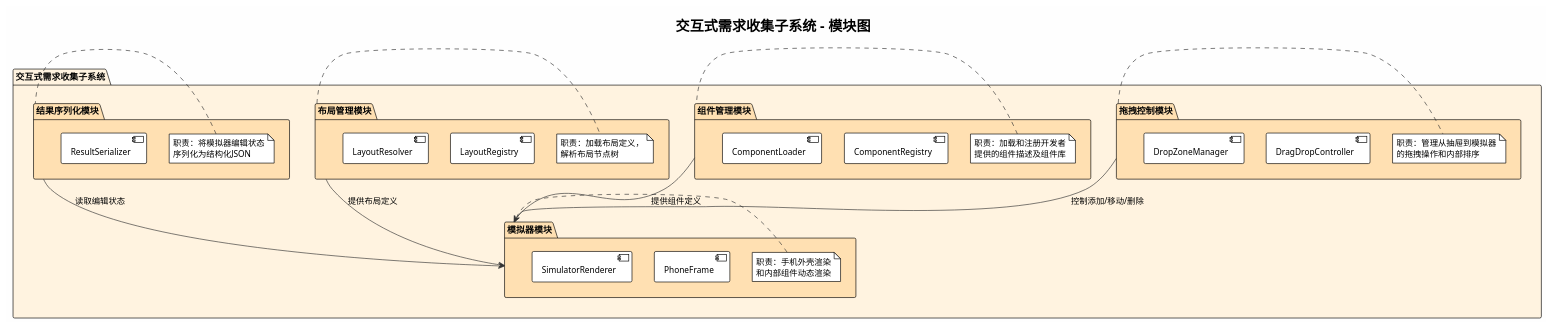
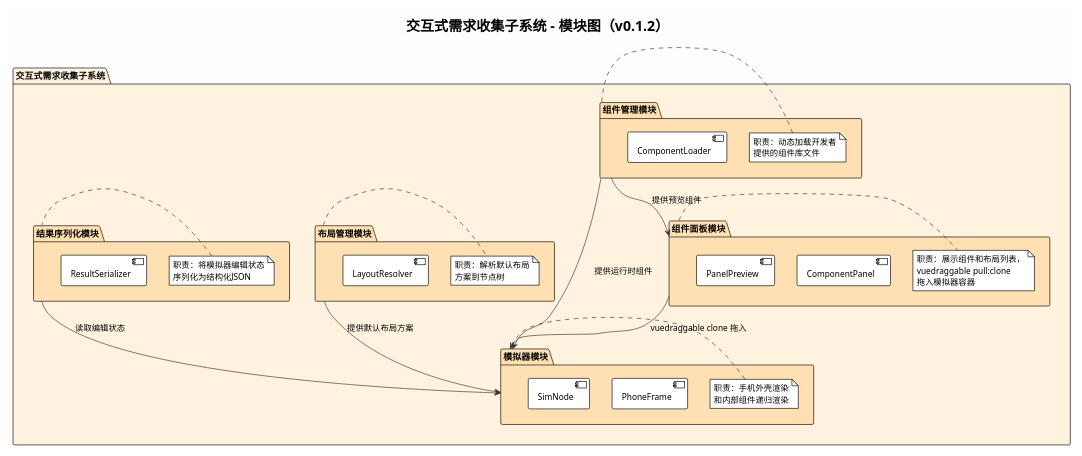
One commit to 24-Fahed/frontend_requirements_tool changed the diagram in docs/images/interactive_module_diagram.puml. Above: the diagram before and after it, drawn with PlantUML. The commit also changed 48 other files, not shown here.

```diff
--- a/docs/images/interactive_module_diagram.puml
+++ b/docs/images/interactive_module_diagram.puml
@@ -1,70 +1,70 @@
 @startuml 交互式需求收集子系统_模块图
 !theme plain
 skinparam backgroundColor #FEFEFE
 skinparam defaultFontName SimHei
 skinparam NoteFontName SimHei
 skinparam PackageFontName SimHei
 skinparam RectangleFontName SimHei
 skinparam TitleFontName SimHei
 skinparam LegendFontName SimHei
 skinparam ComponentFontName SimHei
 skinparam ArrowColor #333333
 skinparam PackageFontSize 14
 skinparam ComponentFontSize 13
 
-title 交互式需求收集子系统 - 模块图
+title 交互式需求收集子系统 - 模块图（v0.1.2）
 
 package "交互式需求收集子系统" as INT_SYS #FFF3E0 {
 
   package "模拟器模块" as MOD_SIM #FFE0B2 {
     component [PhoneFrame] as PHONE_FRAME
-    component [SimulatorRenderer] as RENDERER
+    component [SimNode] as SIM_NODE
     note left of MOD_SIM
       职责：手机外壳渲染
-      和内部组件动态渲染
+      和内部组件递归渲染
     end note
   }
 
-  package "拖拽控制模块" as MOD_DRAG #FFE0B2 {
-    component [DragDropController] as DRAG_CTRL
-    component [DropZoneManager] as DROP_ZONE
-    note right of MOD_DRAG
-      职责：管理从抽屉到模拟器
-      的拖拽操作和内部排序
+  package "组件面板模块" as MOD_PANEL #FFE0B2 {
+    component [ComponentPanel] as COMP_PANEL
+    component [PanelPreview] as PANEL_PREVIEW
+    note right of MOD_PANEL
+      职责：展示组件和布局列表，
+      vuedraggable pull:clone
+      拖入模拟器容器
     end note
   }
 
   package "组件管理模块" as MOD_COMP #FFE0B2 {
-    component [ComponentRegistry] as COMP_REG
     component [ComponentLoader] as COMP_LOADER
     note left of MOD_COMP
-      职责：加载和注册开发者
-      提供的组件描述及组件库
+      职责：动态加载开发者
+      提供的组件库文件
     end note
   }
 
   package "布局管理模块" as MOD_LAYOUT #FFE0B2 {
-    component [LayoutRegistry] as LAYOUT_REG
     component [LayoutResolver] as LAYOUT_RESOLVER
     note right of MOD_LAYOUT
-      职责：加载布局定义，
-      解析布局节点树
+      职责：解析默认布局
+      方案到节点树
     end note
   }
 
   package "结果序列化模块" as MOD_SER #FFE0B2 {
     component [ResultSerializer] as SERIALIZER
     note left of MOD_SER
       职责：将模拟器编辑状态
       序列化为结构化JSON
     end note
   }
 }
 
 ' 模块间关系
-MOD_COMP --> MOD_SIM : 提供组件定义
-MOD_LAYOUT --> MOD_SIM : 提供布局定义
-MOD_DRAG --> MOD_SIM : 控制添加/移动/删除
+MOD_COMP --> MOD_SIM : 提供运行时组件
+MOD_COMP --> MOD_PANEL : 提供预览组件
+MOD_PANEL --> MOD_SIM : vuedraggable clone 拖入
+MOD_LAYOUT --> MOD_SIM : 提供默认布局方案
 MOD_SER --> MOD_SIM : 读取编辑状态
 
 @enduml
```
